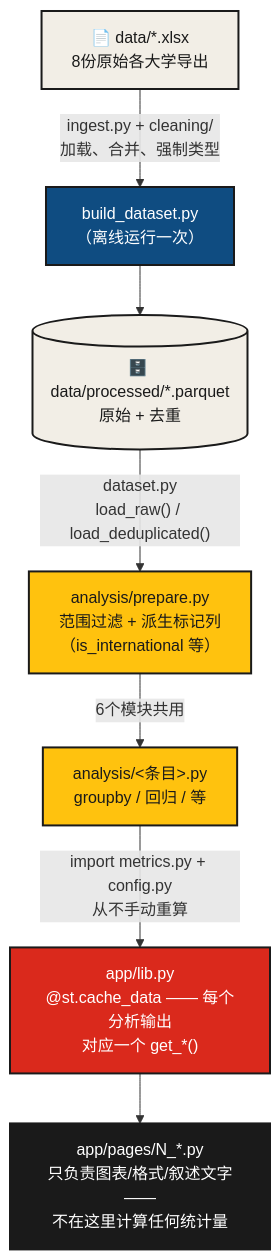
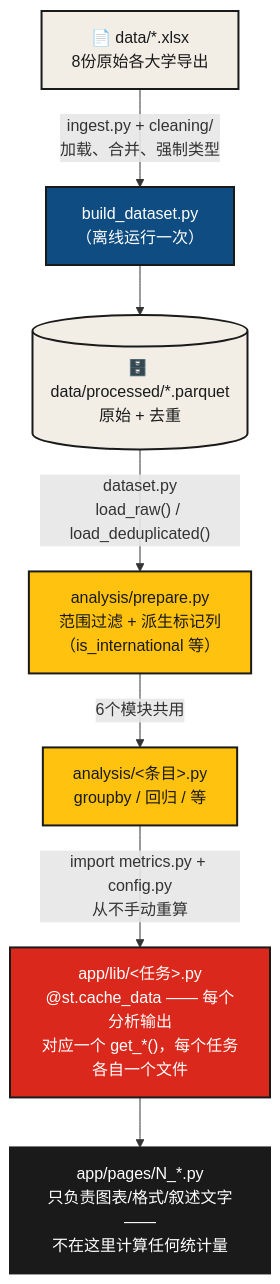
The diagram in README.zh-CN.md (JamesXuFan/research-impact-analysis-platform), drawn with Mermaid before and after one commit. The commit also changed other lines of this file and 17 other files, not shown here.

````diff
--- a/README.zh-CN.md
+++ b/README.zh-CN.md
@@ -171,18 +175,18 @@
 ```mermaid
 flowchart TD
     A["📄 data/*.xlsx<br/>8份原始各大学导出"]
     A -->|"ingest.py + cleaning/<br/>加载、合并、强制类型"| B["build_dataset.py<br/>（离线运行一次）"]
     B --> C[("🗄️ data/processed/*.parquet<br/>原始 + 去重")]
     C -->|"dataset.py<br/>load_raw() / load_deduplicated()"| D["analysis/prepare.py<br/>范围过滤 + 派生标记列<br/>（is_international 等）"]
     D -->|"6个模块共用"| E["analysis/&lt;条目&gt;.py<br/>groupby / 回归 / 等"]
-    E -->|"import metrics.py + config.py<br/>从不手动重算"| F["app/lib.py<br/>@st.cache_data —— 每个分析输出<br/>对应一个 get_*()"]
+    E -->|"import metrics.py + config.py<br/>从不手动重算"| F["app/lib/&lt;任务&gt;.py<br/>@st.cache_data —— 每个分析输出<br/>对应一个 get_*()，每个任务各自一个文件"]
     F --> G["app/pages/N_*.py<br/>只负责图表/格式/叙述文字——<br/>不在这里计算任何统计量"]
 
     style A fill:#F2EEE6,stroke:#1A1A1A,stroke-width:2px,color:#1A1A1A
     style B fill:#0F4C81,stroke:#1A1A1A,stroke-width:2px,color:#FFFFFF
     style C fill:#F2EEE6,stroke:#1A1A1A,stroke-width:2px,color:#1A1A1A
     style D fill:#FFC20E,stroke:#1A1A1A,stroke-width:2px,color:#1A1A1A
     style E fill:#FFC20E,stroke:#1A1A1A,stroke-width:2px,color:#1A1A1A
     style F fill:#DA291C,stroke:#1A1A1A,stroke-width:2px,color:#FFFFFF
     style G fill:#1A1A1A,stroke:#1A1A1A,stroke-width:2px,color:#FFFFFF
 ```
````
